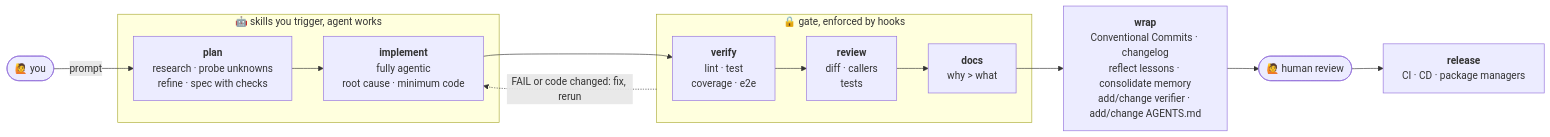
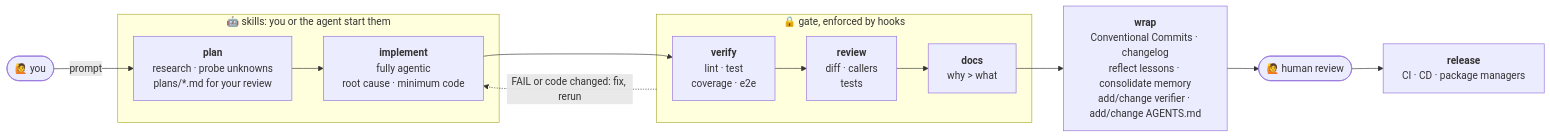
Before and after one commit to kyr0/defuss-vae: the first of 2 diagrams in README.md, drawn with Mermaid. The commit also changed other lines of this file and 23 other files, not shown here.

First line of the commit message:
feat!: the agent starts skills at their step; only the human starts wrap

````diff
--- a/README.md
+++ b/README.md
@@ -30,23 +30,23 @@
 ```mermaid
 flowchart LR
     H([🙋 you]) -->|"prompt"| P
 
-    subgraph agent ["🤖 skills you trigger, agent works"]
-        P["<b>plan</b><br/>research · probe unknowns<br/>refine · spec with checks"]
+    subgraph agent ["🤖 skills: you or the agent start them"]
+        P["<b>plan</b><br/>research · probe unknowns<br/>plans/*.md for your review"]
         I["<b>implement</b><br/>fully agentic<br/>root cause · minimum code"]
         P --> I
     end
 
     subgraph gate ["🔒 gate, enforced by hooks"]
         V["<b>verify</b><br/>lint · test<br/>coverage · e2e"]
         R["<b>review</b><br/>diff · callers<br/>tests"]
         D["<b>docs</b><br/>why > what"]
         V --> R --> D
     end
 
     I --> V
     gate -.->|"FAIL or code changed: fix, rerun"| I
     D --> F["<b>wrap</b><br/>Conventional Commits · changelog<br/>reflect lessons · consolidate memory<br/>add/change verifier · add/change AGENTS.md"]
     F --> HR([🙋 human review])
     HR --> REL["<b>release</b><br/>CI · CD · package managers"]
 ```
````
